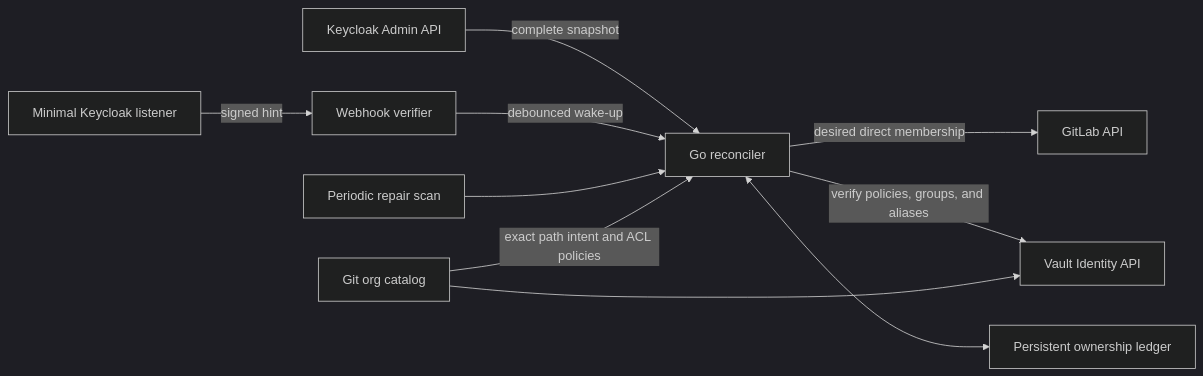
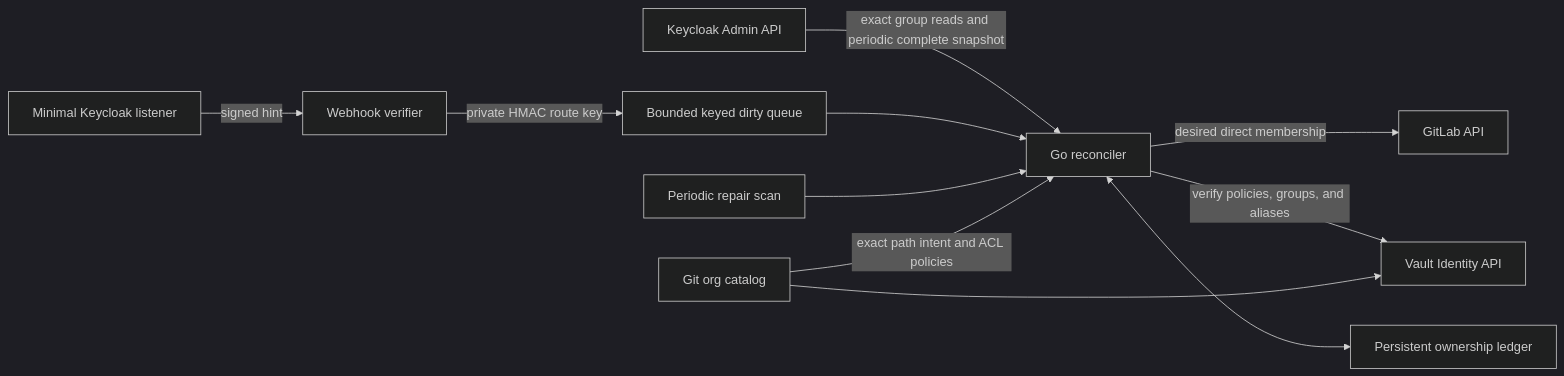
The diagram in docs/architecture.md (enel1221/GroupBridge), drawn with Mermaid (dark theme) before and after one commit. The commit also changed other lines of this file and 44 other files, not shown here.

````diff
--- a/docs/architecture.md
+++ b/docs/architecture.md
@@ -7,12 +7,13 @@
 ```mermaid
 flowchart LR
-  KC["Keycloak Admin API"] -->|"complete snapshot"| R["Go reconciler"]
+  KC["Keycloak Admin API"] -->|"exact group reads and periodic complete snapshot"| R["Go reconciler"]
   SPI["Minimal Keycloak listener"] -->|"signed hint"| WH["Webhook verifier"]
-  WH -->|"debounced wake-up"| R
+  WH -->|"private HMAC route key"| Q["Bounded keyed dirty queue"]
+  Q --> R
   TIMER["Periodic repair scan"] --> R
   R -->|"desired direct membership"| GL["GitLab API"]
   R -->|"verify policies, groups, and aliases"| VAULT["Vault Identity API"]
   GIT["Git org catalog"] -->|"exact path intent and ACL policies"| R
   GIT --> VAULT
   R <--> LEDGER["Persistent ownership ledger"]
 ```
````
